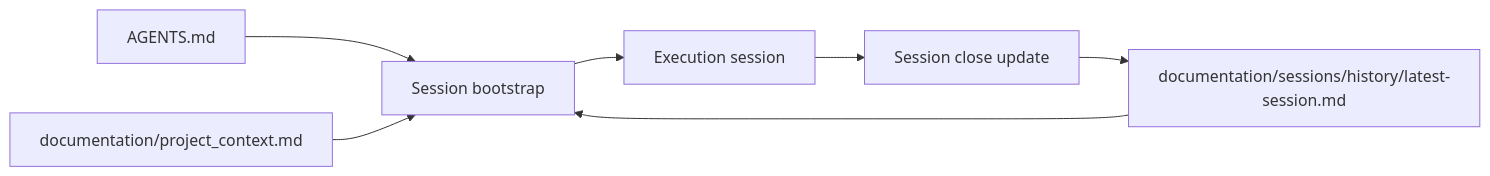
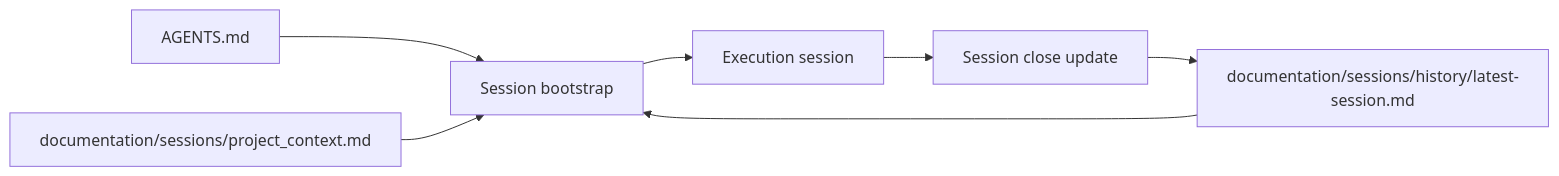
Before and after one commit to maxd4/CleanmyMap: the diagram in documentation/operations/agent-memory-governance.md, drawn with Mermaid. The commit also changed other lines of this file and 25 other files, not shown here.

````diff
--- a/documentation/operations/agent-memory-governance.md
+++ b/documentation/operations/agent-memory-governance.md
@@ -4,9 +4,9 @@
 ```mermaid
 flowchart LR
   A[AGENTS.md] --> C[Session bootstrap]
-  B[documentation/project_context.md] --> C
+  B[documentation/sessions/project_context.md] --> C
   D[documentation/sessions/history/latest-session.md] --> C
   C --> E[Execution session]
   E --> F[Session close update]
   F --> D
 ```
````
